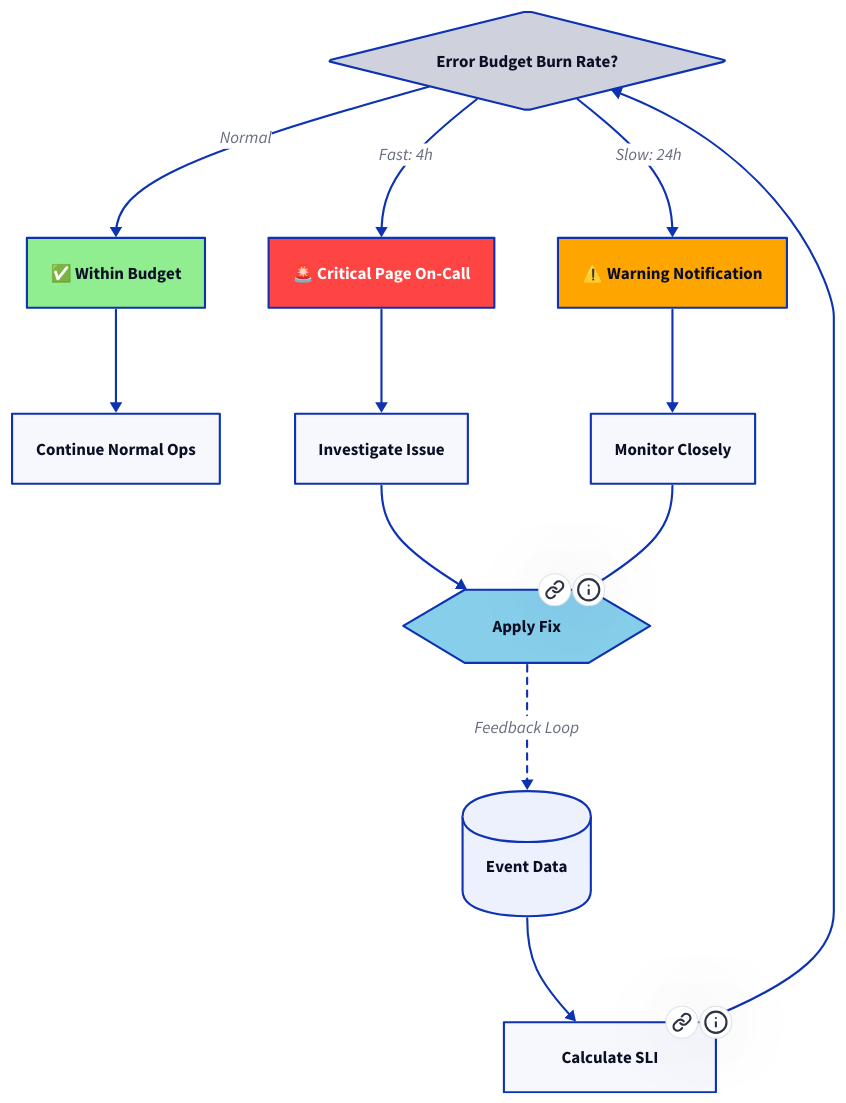
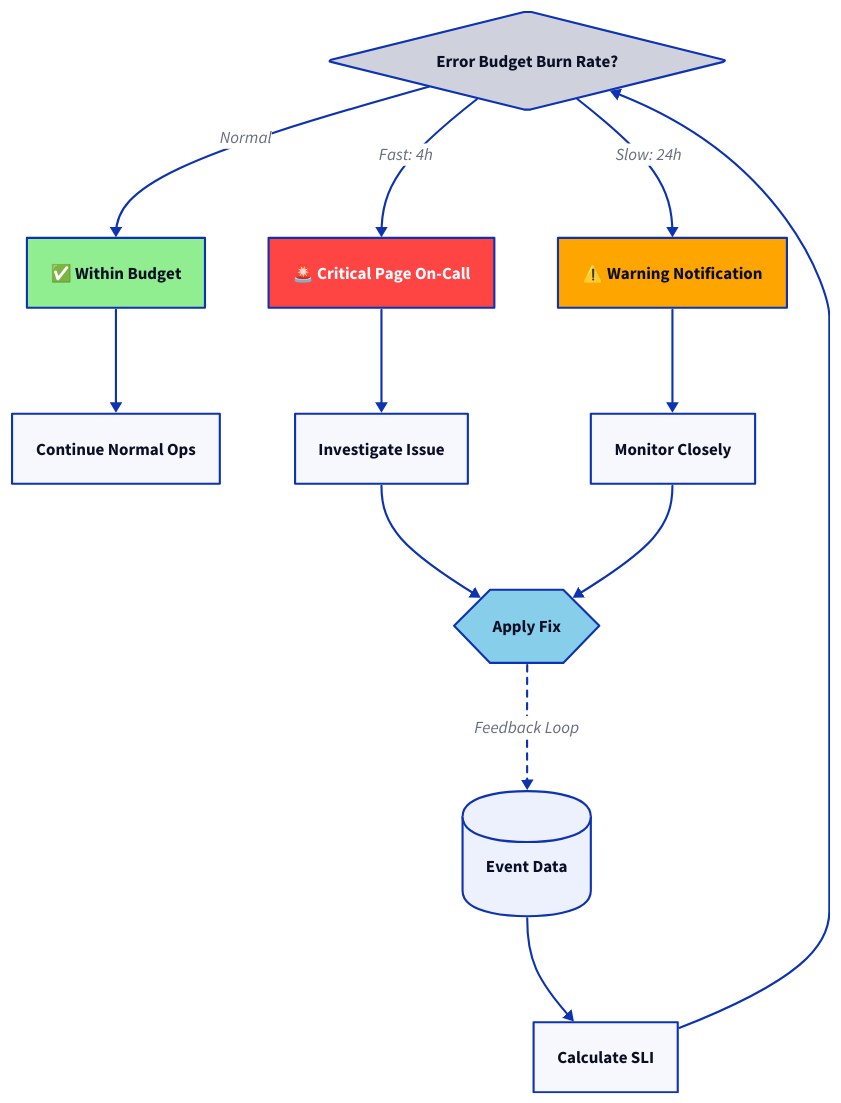
One commit to tallyfy/documentation changed the diagram in src/content/docs/manufactory/best-practices/setting-up-alerts-and-slos.mdx. Above: the diagram before and after it, drawn with D2. The commit also changed 35 other files, not shown here.

First line of the commit message:
Remove .link and .tooltip properties from D2 diagrams

````diff
--- a/src/content/docs/manufactory/best-practices/setting-up-alerts-and-slos.mdx
+++ b/src/content/docs/manufactory/best-practices/setting-up-alerts-and-slos.mdx
@@ -68,72 +68,68 @@
 ```d2
 Budget: "Budget"
 Continue: "Continue"
 Critical: "Critical"
 Events: "Events"
 Fix: "Fix"
 Investigate: "Investigate"
 Monitor: "Monitor"
 OK: "OK"
 SLI: "SLI"
 Warning: "Warning"
 Events: Event Data {
   shape: cylinder
 }
 SLI: Calculate SLI {
   shape: rectangle
 }
 Budget: Error Budget Burn Rate? {
   shape: diamond
 }
 
 Critical: 🚨 Critical Page On-Call {
   shape: rectangle
   style.fill: "#FF4444"
   style.font-color: "#FFFFFF"
 }
 Warning: ⚠️ Warning Notification {
   shape: rectangle
   style.fill: "#FFA500"
 }
 OK: ✅ Within Budget {
   shape: rectangle
   style.fill: "#90EE90"
 }
 
 Investigate: Investigate Issue {
   shape: rectangle
 }
 Monitor: Monitor Closely {
   shape: rectangle
 }
 Continue: Continue Normal Ops {
   shape: rectangle
 }
 
 Fix: Apply Fix {
   shape: hexagon
   style.fill: "#87CEEB"
 }
 
 Events -> SLI
 SLI -> Budget
 
 Budget -> Critical: "Fast: 4h"
 Budget -> Warning: "Slow: 24h"
 Budget -> OK: Normal
 
 Critical -> Investigate
 Warning -> Monitor
 OK -> Continue
 
 Investigate -> Fix
 Monitor -> Fix
 Fix -> Events: Feedback Loop {
   style.stroke-dash: 3
 }
 
-SLI.link: "/products/manufactory/best-practices/what-is-observability/"
-SLI.tooltip: "Learn about observability"
-Fix.link: "/products/manufactory/actors/index/"
-Fix.tooltip: "Understanding Manufactory actors"
 ```
````
